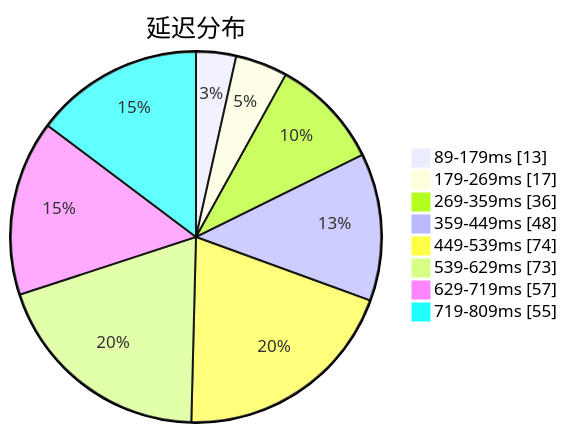
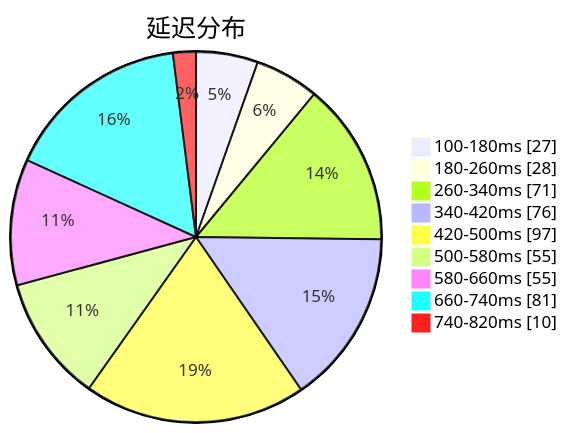
Before and after one commit to sinspired/airport: the first of 3 diagrams in subs/statistics/tested_within.md, drawn with Mermaid. The commit also changed other lines of this file and 2 other files, not shown here.

````diff
--- a/subs/statistics/tested_within.md
+++ b/subs/statistics/tested_within.md
@@ -2,12 +2,13 @@
 ```mermaid
 pie showData
 title 延迟分布
-"89-179ms" : 13
-"179-269ms" : 17
-"269-359ms" : 36
-"359-449ms" : 48
-"449-539ms" : 74
-"539-629ms" : 73
-"629-719ms" : 57
-"719-809ms" : 55
+"100-180ms" : 27
+"180-260ms" : 28
+"260-340ms" : 71
+"340-420ms" : 76
+"420-500ms" : 97
+"500-580ms" : 55
+"580-660ms" : 55
+"660-740ms" : 81
+"740-820ms" : 10
 ```
````
